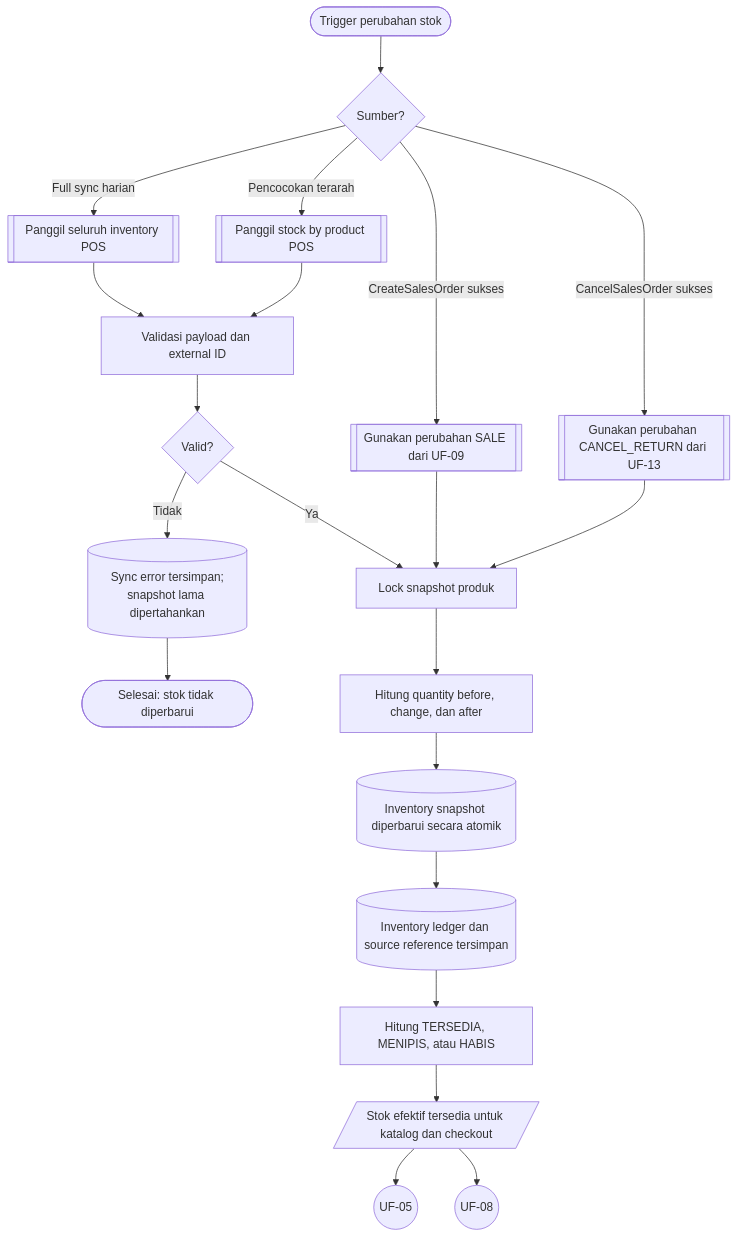
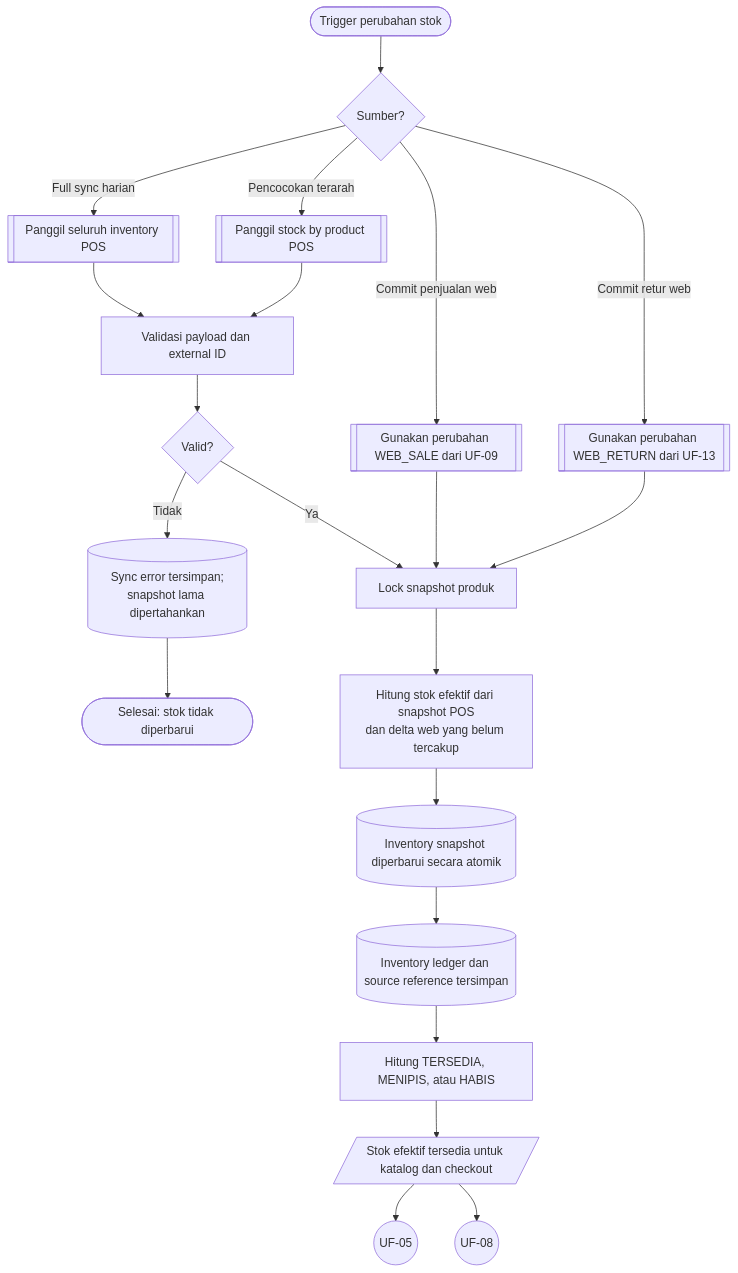
One commit to Webekspres/pixel-komunika changed diagram 15 of 19 in docs/design/USER_FLOWS.md. Above: the diagram before and after it, drawn with Mermaid. The commit also changed other lines of this file and 7 other files, not shown here.

Commit message:
docs: align web-owned sales and fulfillment flow

````diff
--- a/docs/design/USER_FLOWS.md
+++ b/docs/design/USER_FLOWS.md
@@ -498,26 +513,26 @@
 ```mermaid
 flowchart TD
     A(["Trigger perubahan stok"]) --> B{"Sumber?"}
     B -->|Full sync harian| C[["Panggil seluruh inventory POS"]]
     B -->|Pencocokan terarah| D[["Panggil stock by product POS"]]
-    B -->|CreateSalesOrder sukses| E[["Gunakan perubahan SALE dari UF-09"]]
-    B -->|CancelSalesOrder sukses| F[["Gunakan perubahan CANCEL_RETURN dari UF-13"]]
+    B -->|Commit penjualan web| E[["Gunakan perubahan WEB_SALE dari UF-09"]]
+    B -->|Commit retur web| F[["Gunakan perubahan WEB_RETURN dari UF-13"]]
     C --> G["Validasi payload dan external ID"]
     D --> G
     E --> H["Lock snapshot produk"]
     F --> H
     G --> I{"Valid?"}
     I -->|Tidak| J[("Sync error tersimpan;<br/>snapshot lama dipertahankan")]
     J --> J1(["Selesai: stok tidak diperbarui"])
     I -->|Ya| H
-    H --> K["Hitung quantity before, change, dan after"]
+    H --> K["Hitung stok efektif dari snapshot POS<br/>dan delta web yang belum tercakup"]
     K --> L[("Inventory snapshot diperbarui secara atomik")]
     L --> M[("Inventory ledger dan source reference tersimpan")]
     M --> N["Hitung TERSEDIA, MENIPIS, atau HABIS"]
     N --> O[/"Stok efektif tersedia untuk katalog dan checkout"/]
     O --> C_UF05((UF-05))
     O --> C_UF08((UF-08))
 
     click C_UF05 "#uf-05-detail-produk-dan-cart"
     click C_UF08 "#uf-08-validasi-checkout"
 ```
````
